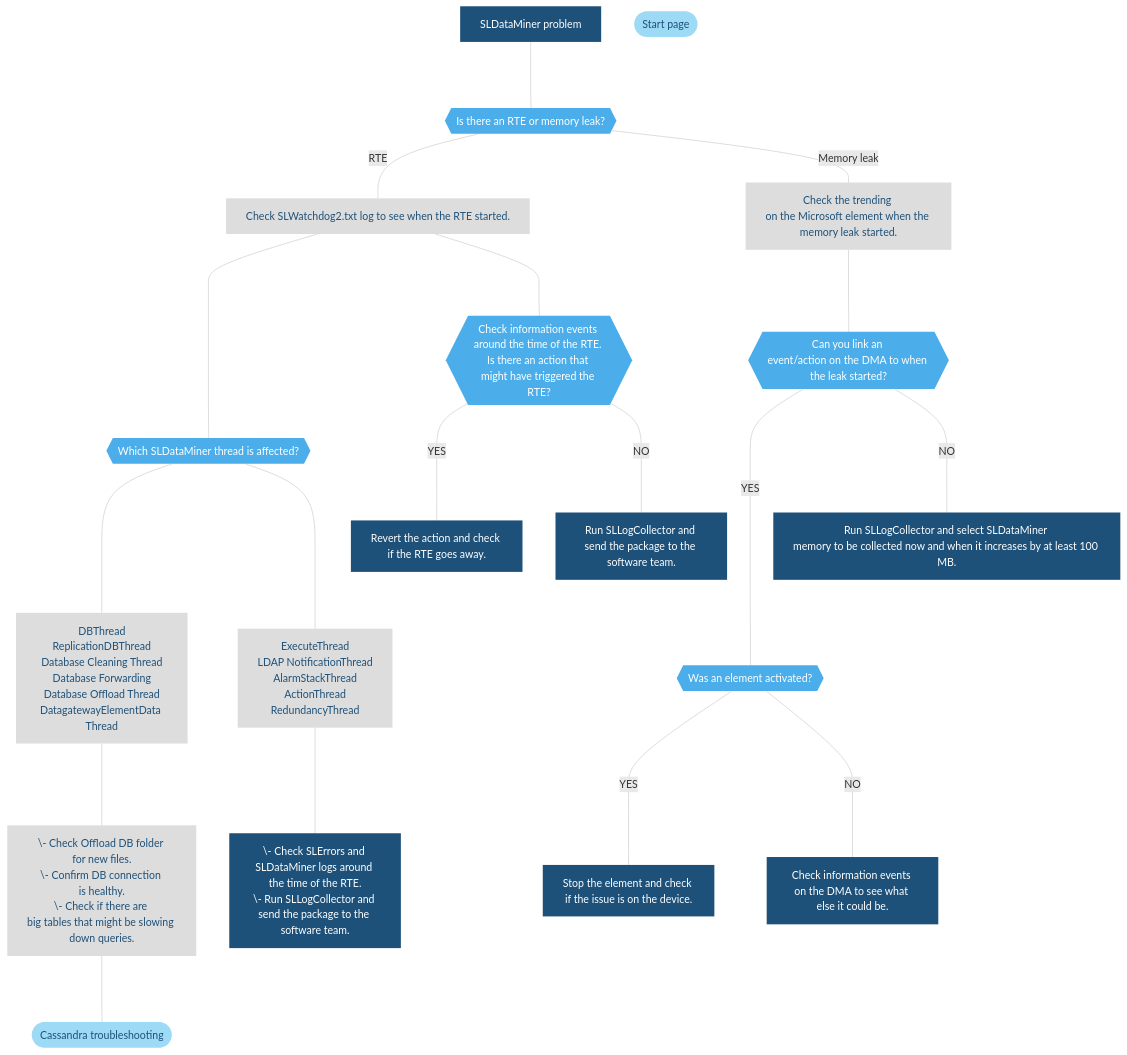
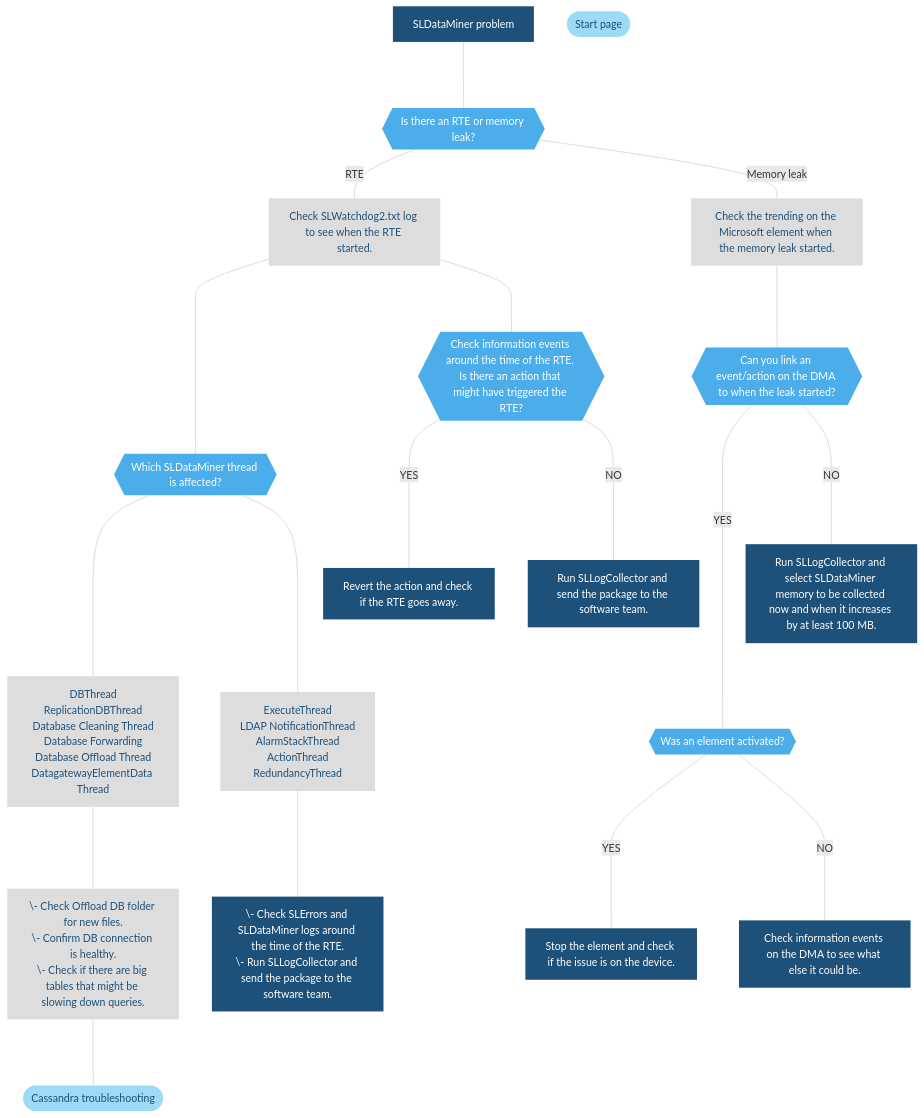
One commit to SkylineCommunications/dataminer-docs changed the diagram in user-guide/Troubleshooting/Troubleshooting_Flowcharts/Troubleshooting_Process_Identification/Main_processes/Troubleshooting_SLDataMiner_exe.md. Above: the diagram before and after it, drawn with Mermaid. The commit also changed 13 other files, not shown here.

````diff
--- a/user-guide/Troubleshooting/Troubleshooting_Flowcharts/Troubleshooting_Process_Identification/Main_processes/Troubleshooting_SLDataMiner_exe.md
+++ b/user-guide/Troubleshooting/Troubleshooting_Flowcharts/Troubleshooting_Process_Identification/Main_processes/Troubleshooting_SLDataMiner_exe.md
@@ -15,49 +15,50 @@
 ```mermaid
 flowchart TD
 %% Define styles %%
 linkStyle default stroke:#cccccc
 classDef LightBlue fill:#9DDAF5,stroke:#000070,stroke-width:0px, color:#1E5179;
 classDef Blue fill:#4BAEEA,stroke:#000070,stroke-width:0px, color:#FFFFFF;
 classDef DarkBlue fill:#1E5179,stroke:#000070,stroke-width:0px, color:#FFFFFF;
 classDef DarkGray fill:#58595B,stroke:#000070,stroke-width:0px, color:#FFFFFF;
 classDef Gray fill:#999999,stroke:#000070,stroke-width:0px, color:#FFFFFF;
 classDef LightGray fill:#DDDDDD,stroke:#000070,stroke-width:0px, color:#1E5179;
-Start[SLDataMiner problem]
-StartPage([Start page])
-RTE{{"Is there an RTE or memory leak?"}}
-Watchdog[Check SLWatchdog2.txt log to see when the RTE started.]
-Threads{{Which SLDataMiner thread is affected?}}
-ThreadsDB[DBThread<br/>ReplicationDBThread<br/>Database Cleaning Thread<br/>Database Forwarding<br/>Database Offload Thread<br/>DatagatewayElementData Thread]
-Offload[" \- Check Offload DB folder for new files.<br>\- Confirm DB connection is healthy.<br>\- Check if there are big tables that might be slowing down queries. "]
-CassandraTb([Cassandra troubleshooting])
-ThreadsSecondary[ExecuteThread<br/>LDAP NotificationThread<br/>AlarmStackThread<br/>ActionThread<br/>RedundancyThread]
+%% Define blocks %%
+Start["SLDataMiner problem"]
+StartPage([" Start page "])
+RTE{{"Is there an RTE or memory leak?"}}
+Watchdog[" Check SLWatchdog2.txt log to see when the RTE started. "]
+Threads{{" Which SLDataMiner thread is affected?" }}
+ThreadsDB[" DBThread<br/>ReplicationDBThread<br/>Database Cleaning Thread<br/>Database Forwarding<br/>Database Offload Thread<br/>DatagatewayElementData Thread "]
+Offload[" \- Check Offload DB folder for new files.<br>\- Confirm DB connection is healthy.<br>\- Check if there are big tables that might be slowing down queries. "]
+CassandraTb([" Cassandra troubleshooting "])
+ThreadsSecondary[" ExecuteThread<br/>LDAP NotificationThread<br/>AlarmStackThread<br/>ActionThread<br/>RedundancyThread "]
 CheckLogs[" \- Check SLErrors and SLDataMiner logs around the time of the RTE.<br>\- Run SLLogCollector and send the package to the software team. "]
-InfoEvents{{Check information events around the time of the RTE. Is there an action that might have triggered the RTE?}}
-Revert[Revert the action and check if the RTE goes away.]
-LogCollector1[Run SLLogCollector and send the package to the software team.]
-MemoryLeak[Check the trending on the Microsoft element when the memory leak started.]
-LinkLeak{{Can you link an event/action on the DMA to when the leak started?}}
-ElementActive{{Was an element activated?}}
-LogCollector2[Run SLLogCollector and select SLDataMiner memory to be collected now and when it increases by at least 100 MB.]
-StopElement[Stop the element and check if the issue is on the device.]
-InfoEventsAlternative[Check information events on the DMA to see what else it could be.]
+InfoEvents{{" Check information events around the time of the RTE. Is there an action that might have triggered the RTE?"}}
+Revert[" Revert the action and check if the RTE goes away. "]
+LogCollector1[" Run SLLogCollector and send the package to the software team. "]
+MemoryLeak[" Check the trending on the Microsoft element when the memory leak started. "]
+LinkLeak{{" Can you link an event/action on the DMA to when the leak started? "}}
+ElementActive{{" Was an element activated? "}}
+LogCollector2[" Run SLLogCollector and select SLDataMiner memory to be collected now and when it increases by at least 100 MB. "]
+StopElement[" Stop the element and check if the issue is on the device. "]
+InfoEventsAlternative[" Check information events on the DMA to see what else it could be. "]
 %% Connect blocks %%
 Start ---- RTE
 RTE ---|RTE|Watchdog
 Watchdog ----- Threads ---- ThreadsDB ---- Offload ---- CassandraTb
 Threads ---- ThreadsSecondary ---- CheckLogs
 Watchdog ---- InfoEvents
 InfoEvents ----|YES|Revert
 InfoEvents ----|NO|LogCollector1
 RTE ---|Memory leak|MemoryLeak ---- LinkLeak -----|YES|ElementActive ----|YES|StopElement
 LinkLeak ----|NO|LogCollector2
 ElementActive ----|NO|InfoEventsAlternative
 %% Define hyperlinks %%
 click StartPage "/user-guide/Troubleshooting/Troubleshooting_Flowcharts/Finding_a_Root_Cause.html"
 click CassandraTb "https://community.dataminer.services/troubleshooting-cassandra/"
 %% Apply styles to blocks %%
 class Start,Revert,LogCollector1,LogCollector2,CheckLogs,StopElement,InfoEventsAlternative DarkBlue; 
 class Watchdog,ThreadsDB,Offload,ThreadsSecondary,MemoryLeak LightGray;
 class RTE,Threads,InfoEvents,ElementActive,LinkLeak Blue;
 class StartPage,CassandraTb LightBlue;
 ```
````
